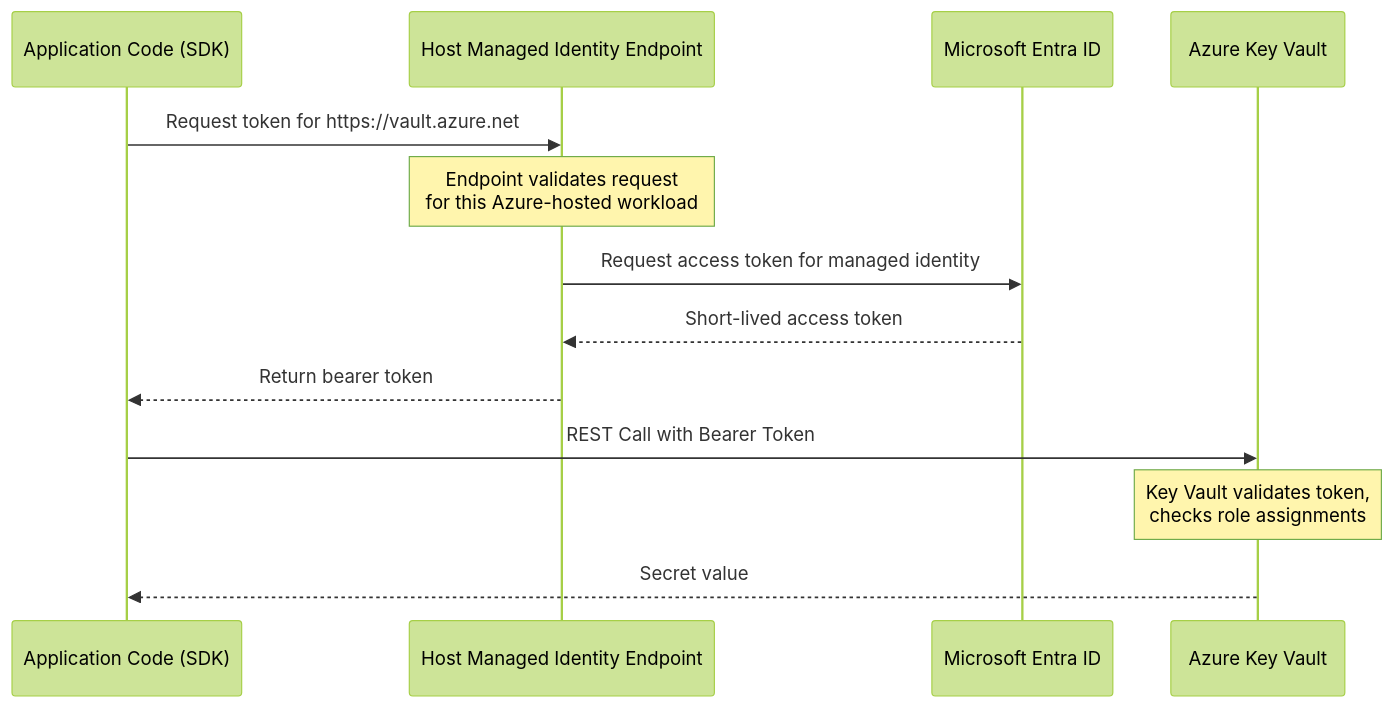
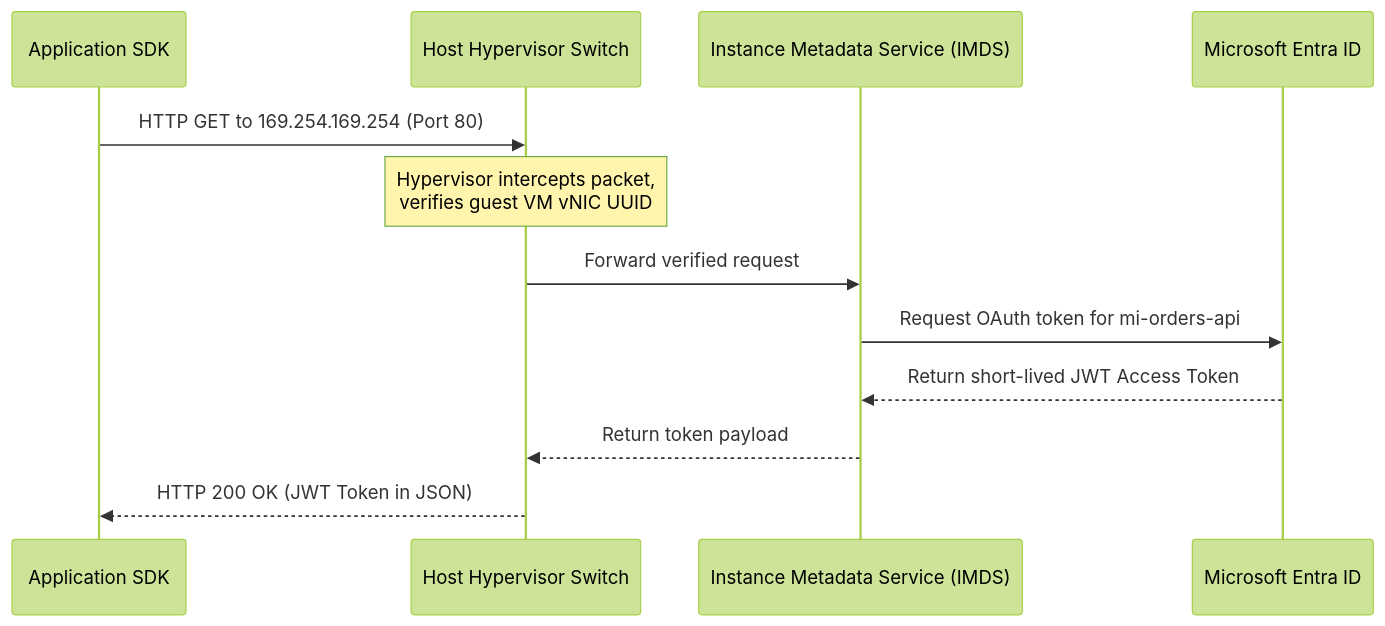
The first of 2 diagrams in cloud-providers/azure/identity-security/managed-identities.md (senlinyy/dev-roadmaps), drawn with Mermaid (forest theme) before and after one commit. The commit also changed other lines of this file and 343 other files, not shown here.

````diff
--- a/cloud-providers/azure/identity-security/managed-identities.md
+++ b/cloud-providers/azure/identity-security/managed-identities.md
@@ -149,16 +171,15 @@
 ```mermaid
 sequenceDiagram
-    participant App as Application Code (SDK)
-    participant IdentityEndpoint as Host Managed Identity Endpoint
+    participant App as Application SDK
+    participant Hypervisor as Host Hypervisor Switch
+    participant IMDS as Instance Metadata Service (IMDS)
     participant Entra as Microsoft Entra ID
-    participant Vault as Azure Key Vault
 
-    App->>IdentityEndpoint: Request token for https://vault.azure.net
-    Note over IdentityEndpoint: Endpoint validates request<br/>for this Azure-hosted workload
-    IdentityEndpoint->>Entra: Request access token for managed identity
-    Entra-->>IdentityEndpoint: Short-lived access token
-    IdentityEndpoint-->>App: Return bearer token
-    App->>Vault: REST Call with Bearer Token
-    Note over Vault: Key Vault validates token,<br/>checks role assignments
-    Vault-->>App: Secret value
+    App->>Hypervisor: HTTP GET to 169.254.169.254 (Port 80)
+    Note over Hypervisor: Hypervisor intercepts packet,<br/>verifies guest VM vNIC UUID
+    Hypervisor->>IMDS: Forward verified request
+    IMDS->>Entra: Request OAuth token for mi-orders-api
+    Entra-->>IMDS: Return short-lived JWT Access Token
+    IMDS-->>Hypervisor: Return token payload
+    Hypervisor-->>App: HTTP 200 OK (JWT Token in JSON)
 ```
````
